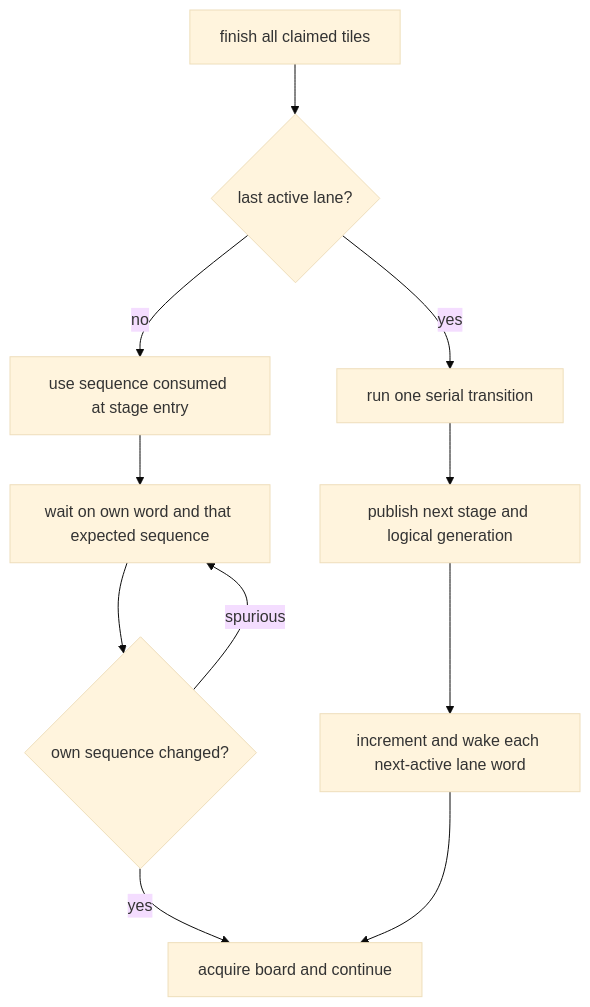
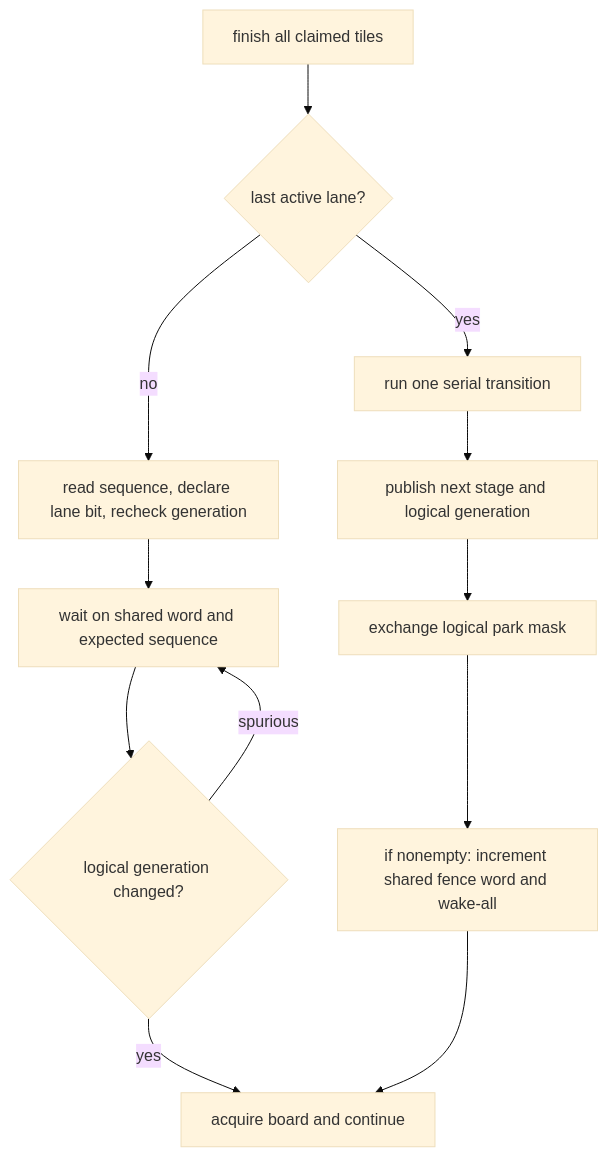
The third of 3 diagrams in docs/native/KCORO_ARENA_INTEGRATION.md (SolaceHarmony/emberharmony), drawn with Mermaid (base theme) before and after one commit. The commit also changed other lines of this file and 14 other files, not shown here.

Commit message:
document kcoro native voice migration architecture

````diff
--- a/docs/native/KCORO_ARENA_INTEGRATION.md
+++ b/docs/native/KCORO_ARENA_INTEGRATION.md
@@ -357,13 +375,14 @@
 ```mermaid
 flowchart TD
     Tiles["finish all claimed tiles"] --> Last{"last active lane?"}
     Last -->|yes| Serial["run one serial transition"]
     Serial --> Publish["publish next stage and logical generation"]
-    Publish --> Wake["increment and wake each next-active lane word"]
-    Last -->|no| Expected["use sequence consumed at stage entry"]
-    Expected --> Block["wait on own word and that expected sequence"]
-    Block --> Recheck{"own sequence changed?"}
+    Publish --> Mask["exchange logical park mask"]
+    Mask --> Wake["if nonempty: increment shared fence word and wake-all"]
+    Last -->|no| Expected["read sequence, declare lane bit, recheck generation"]
+    Expected --> Block["wait on shared word and expected sequence"]
+    Block --> Recheck{"logical generation changed?"}
     Recheck -->|yes| Next["acquire board and continue"]
     Recheck -->|spurious| Block
     Wake --> Next
 ```
````
